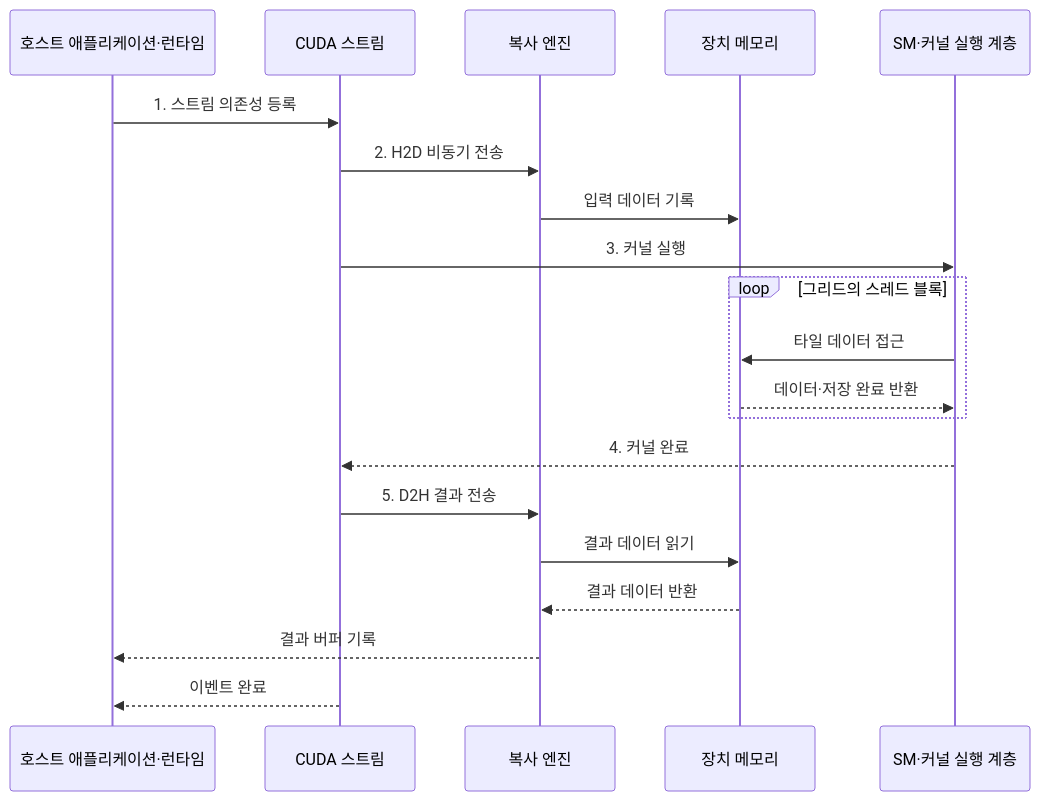
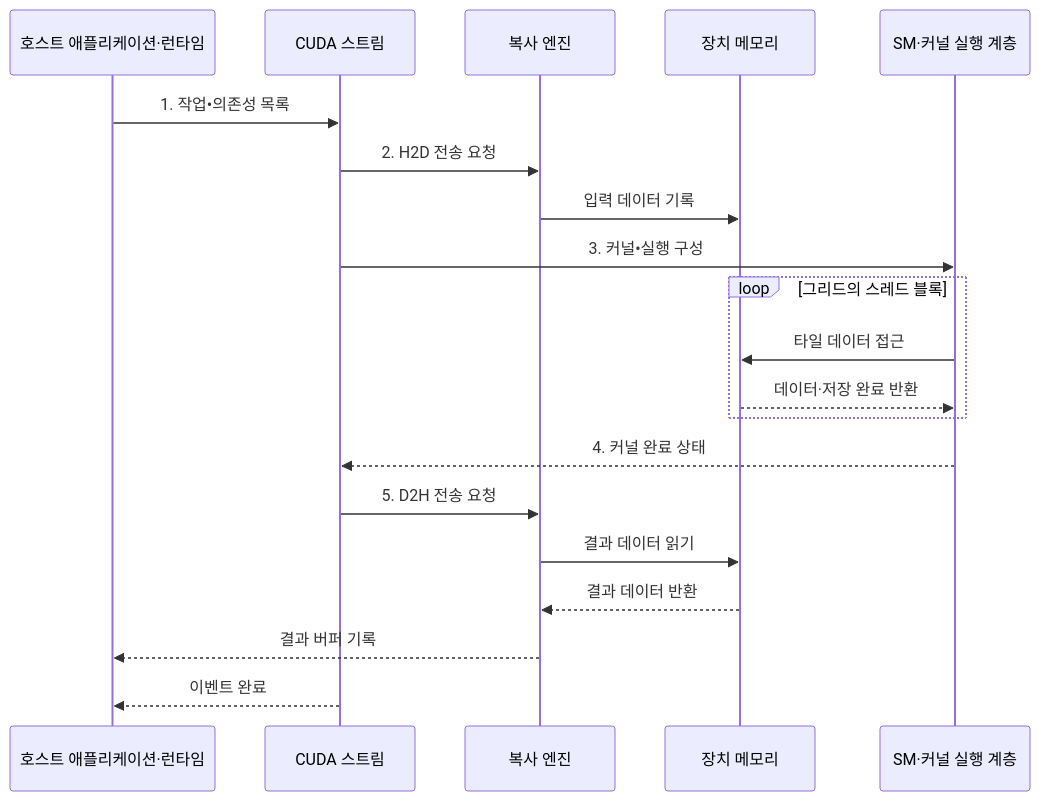
Before and after one commit to agnusdei1207/knowledge-base: the second of 2 diagrams in src/content/docs/notes/02-hardware/042_cuda_parallel_computing.md, drawn with Mermaid. The commit also changed other lines of this file and 20 other files, not shown here.

````diff
--- a/src/content/docs/notes/02-hardware/042_cuda_parallel_computing.md
+++ b/src/content/docs/notes/02-hardware/042_cuda_parallel_computing.md
@@ -88,23 +91,23 @@
 ```mermaid
 sequenceDiagram
     participant H as 호스트 애플리케이션·런타임
     participant S as CUDA 스트림
     participant C as 복사 엔진
     participant M as 장치 메모리
     participant K as SM·커널 실행 계층
 
-    H->>S: 1. 스트림 의존성 등록
-    S->>C: 2. H2D 비동기 전송
+    H->>S: 1. 작업•의존성 목록
+    S->>C: 2. H2D 전송 요청
     C->>M: 입력 데이터 기록
-    S->>K: 3. 커널 실행
+    S->>K: 3. 커널•실행 구성
     loop 그리드의 스레드 블록
         K->>M: 타일 데이터 접근
         M-->>K: 데이터·저장 완료 반환
     end
-    K-->>S: 4. 커널 완료
-    S->>C: 5. D2H 결과 전송
+    K-->>S: 4. 커널 완료 상태
+    S->>C: 5. D2H 전송 요청
     C->>M: 결과 데이터 읽기
     M-->>C: 결과 데이터 반환
     C-->>H: 결과 버퍼 기록
     S-->>H: 이벤트 완료
 ```
````
